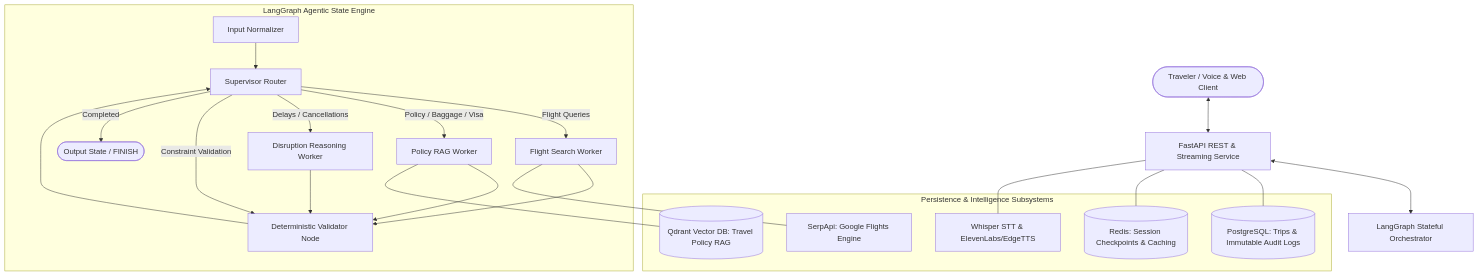
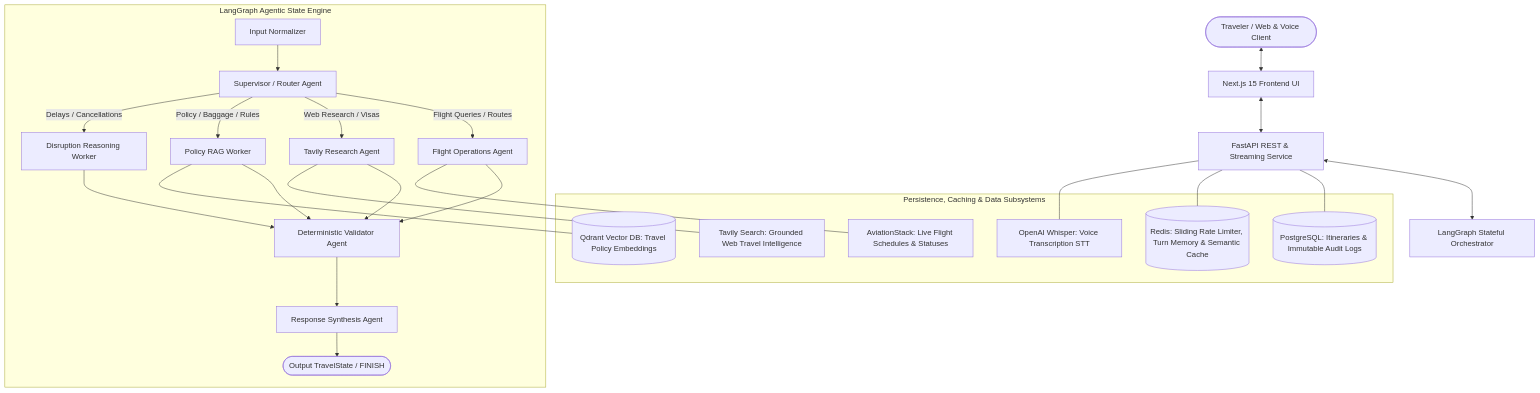
The diagram in README.md (sreeram0343/zico), drawn with Mermaid before and after one commit. The commit also changed other lines of this file and 1 other file, not shown here.

Commit message:
docs: expand architecture, api reference, verification guide, and provide example env template

````diff
--- a/README.md
+++ b/README.md
@@ -11,33 +11,37 @@
 ```mermaid
 graph TD
-    User([Traveler / Voice & Web Client]) <--> API[FastAPI REST & Streaming Service]
+    User([Traveler / Web & Voice Client]) <--> NextJS[Next.js 15 Frontend UI]
+    NextJS <--> API[FastAPI REST & Streaming Service]
     API <--> Graph[LangGraph Stateful Orchestrator]
     
     subgraph "LangGraph Agentic State Engine"
-        Input[Input Normalizer] --> Supervisor[Supervisor Router]
-        Supervisor -->|Flight Queries| FlightWorker[Flight Search Worker]
-        Supervisor -->|Policy / Baggage / Visa| RAGWorker[Policy RAG Worker]
-        Supervisor -->|Delays / Cancellations| DisruptionWorker[Disruption Reasoning Worker]
-        Supervisor -->|Constraint Validation| Validator[Deterministic Validator Node]
+        Input[Input Normalizer] --> Router[Supervisor / Router Agent]
+        Router -->|Flight Queries / Routes| FlightAgent[Flight Operations Agent]
+        Router -->|Web Research / Visas| ResearchAgent[Tavily Research Agent]
+        Router -->|Policy / Baggage / Rules| RAGWorker[Policy RAG Worker]
+        Router -->|Delays / Cancellations| DisruptionWorker[Disruption Reasoning Worker]
         
-        FlightWorker --> Validator
+        FlightAgent --> Validator[Deterministic Validator Agent]
+        ResearchAgent --> Validator
         RAGWorker --> Validator
         DisruptionWorker --> Validator
-        Validator --> Supervisor
-        Supervisor -->|Completed| Finish([Output State / FINISH])
+        Validator --> ResponseAgent[Response Synthesis Agent]
+        ResponseAgent --> Finish([Output TravelState / FINISH])
     end
 
-    subgraph "Persistence & Intelligence Subsystems"
-        Postgres[(PostgreSQL: Trips & Immutable Audit Logs)]
-        Redis[(Redis: Session Checkpoints & Caching)]
-        Qdrant[(Qdrant Vector DB: Travel Policy RAG)]
-        SerpApi[SerpApi: Google Flights Engine]
-        Voice[Whisper STT & ElevenLabs/EdgeTTS]
+    subgraph "Persistence, Caching & Data Subsystems"
+        Postgres[(PostgreSQL: Itineraries & Immutable Audit Logs)]
+        Redis[(Redis: Sliding Rate Limiter, Turn Memory & Semantic Cache)]
+        Qdrant[(Qdrant Vector DB: Travel Policy Embeddings)]
+        AviationStack[AviationStack: Live Flight Schedules & Statuses]
+        Tavily[Tavily Search: Grounded Web Travel Intelligence]
+        Whisper[OpenAI Whisper: Voice Transcription STT]
     end
 
     API --- Postgres
     API --- Redis
     RAGWorker --- Qdrant
-    FlightWorker --- SerpApi
-    API --- Voice
+    FlightAgent --- AviationStack
+    ResearchAgent --- Tavily
+    API --- Whisper
 ```
````
